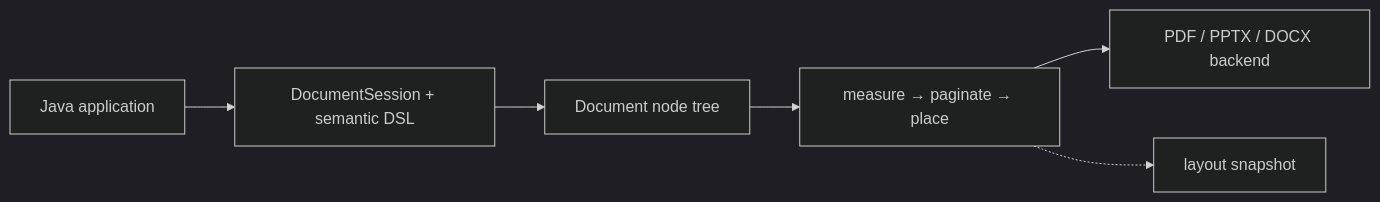
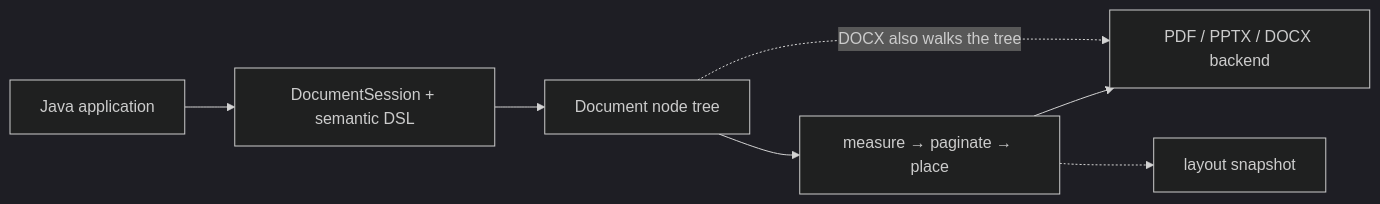
One commit to DemchaAV/GraphCompose changed the diagram in README.md. Above: the diagram before and after it, drawn with Mermaid (dark theme). The commit also changed other lines of this file and 6 other files, not shown here.

````diff
--- a/README.md
+++ b/README.md
@@ -317,8 +318,9 @@
 ```mermaid
 flowchart LR
     A["Java application"] --> B["DocumentSession + semantic DSL"]
     B --> C["Document node tree"]
     C --> D["measure → paginate → place"]
     D --> E["PDF / PPTX / DOCX backend"]
+    C -. "DOCX also walks the tree" .-> E
     D -.-> G["layout snapshot"]
 ```
````
